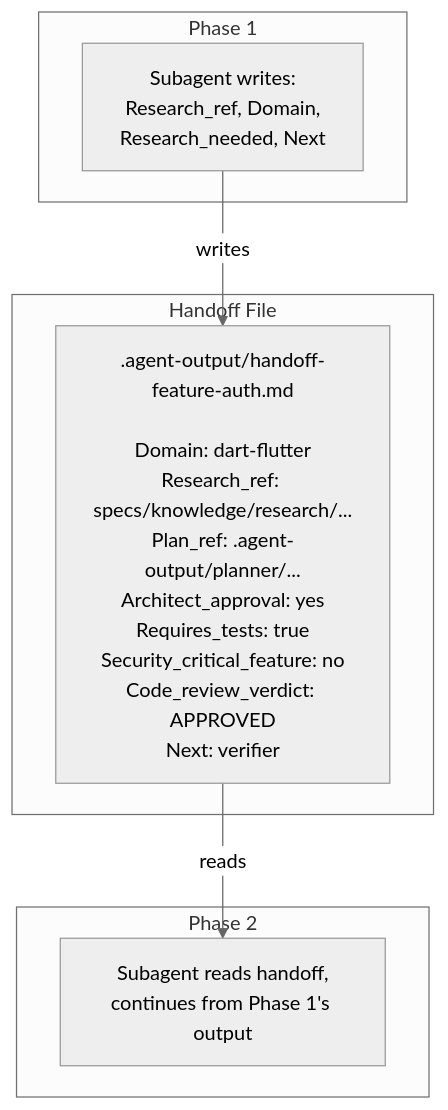
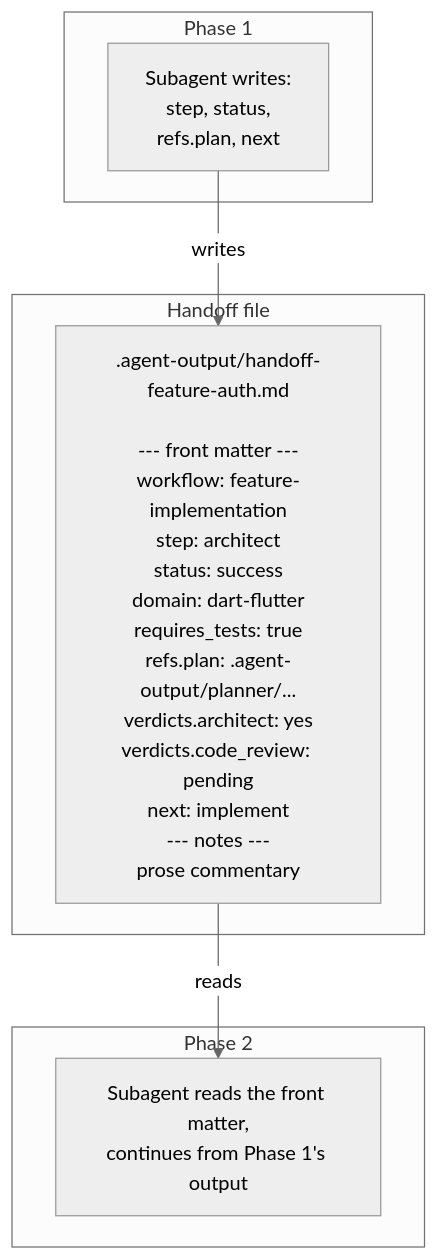
Before and after one commit to wildbitca/ai-resources: diagram 11 of 13 in docs/orchestration.md, drawn with Mermaid (neutral theme). The commit also changed other lines of this file and 27 other files, not shown here.

````diff
--- a/docs/orchestration.md
+++ b/docs/orchestration.md
@@ -275,17 +323,17 @@
 ```mermaid
 graph TB
-    subgraph Phase 1
-        S1[Subagent writes:<br/>Research_ref, Domain,<br/>Research_needed, Next]
+    subgraph Phase1["Phase 1"]
+        S1[Subagent writes:<br/>step, status,<br/>refs.plan, next]
     end
 
-    subgraph Handoff File
-        HF[".agent-output/handoff-feature-auth.md"<br/><br/>Domain: dart-flutter<br/>Research_ref: specs/knowledge/research/...<br/>Plan_ref: .agent-output/planner/...<br/>Architect_approval: yes<br/>Requires_tests: true<br/>Security_critical_feature: no<br/>Code_review_verdict: APPROVED<br/>Next: verifier]
+    subgraph HandoffFile["Handoff file"]
+        HF[".agent-output/handoff-feature-auth.md"<br/><br/>--- front matter ---<br/>workflow: feature-implementation<br/>step: architect<br/>status: success<br/>domain: dart-flutter<br/>requires_tests: true<br/>refs.plan: .agent-output/planner/...<br/>verdicts.architect: yes<br/>verdicts.code_review: pending<br/>next: implement<br/>--- notes ---<br/>prose commentary]
     end
 
-    subgraph Phase 2
-        S2[Subagent reads handoff,<br/>continues from Phase 1's output]
+    subgraph Phase2["Phase 2"]
+        S2[Subagent reads the front matter,<br/>continues from Phase 1's output]
     end
 
     S1 -->|writes| HF
     HF -->|reads| S2
 ```
````
